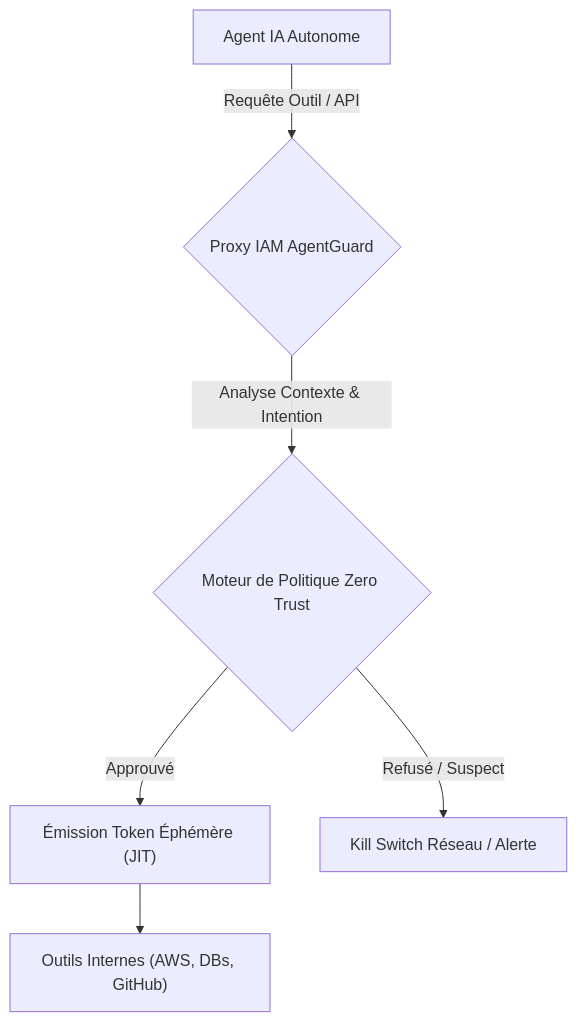
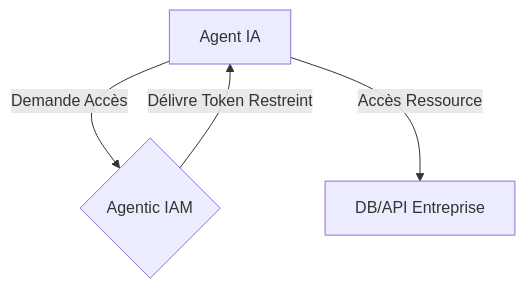
The first of 2 diagrams in ideas/agentic-iam/README.fr.md (flouzzy/top-100-ai-startup-ideas), drawn with Mermaid before and after one commit. The commit also changed other lines of this file and 41 other files, not shown here.

````diff
--- a/ideas/agentic-iam/README.fr.md
+++ b/ideas/agentic-iam/README.fr.md
@@ -17,8 +17,7 @@
 ```mermaid
 graph TD
-    A["Agent IA Autonome"] -->|Requête Outil / API| B{"Proxy IAM AgentGuard"}
-    B -->|Analyse Contexte & Intention| C{"Moteur de Politique Zero Trust"}
-    C -->|Approuvé| D["Émission Token Éphémère (JIT)"]
-    C -->|Refusé / Suspect| E["Kill Switch Réseau / Alerte"]
-    D --> F["Outils Internes (AWS, DBs, GitHub)"]
+    %% Architecture
+    A["Agent IA"] -->|Demande Accès| B{"Agentic IAM"}
+    B -->|Délivre Token Restreint| A
+    A -->|Accès Ressource| C["DB/API Entreprise"]
 ```
````
